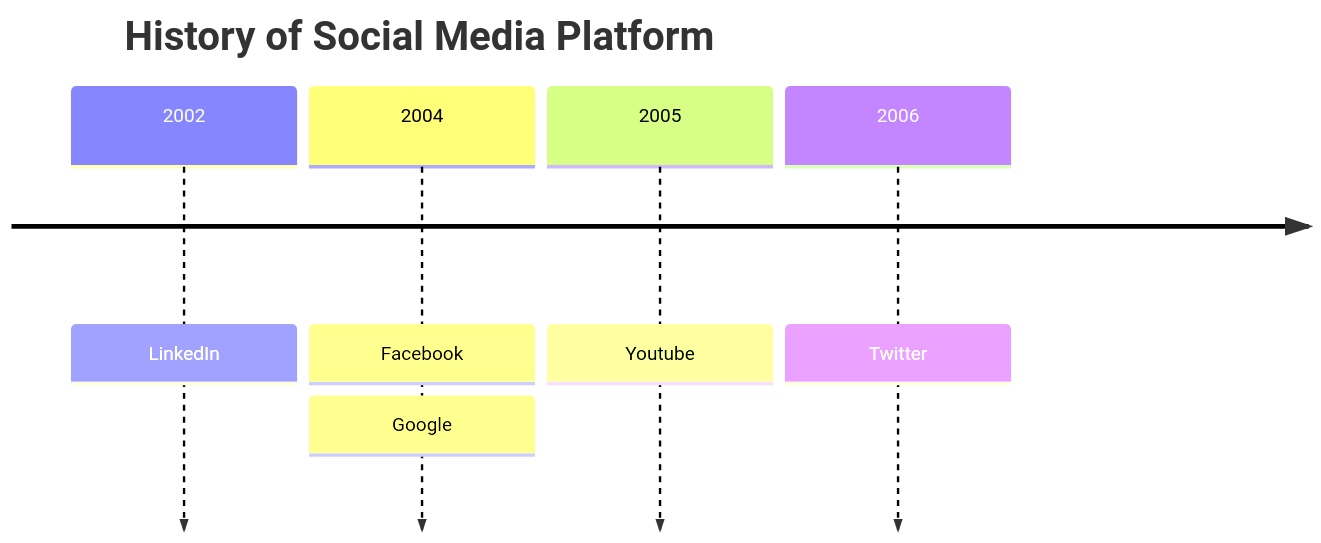
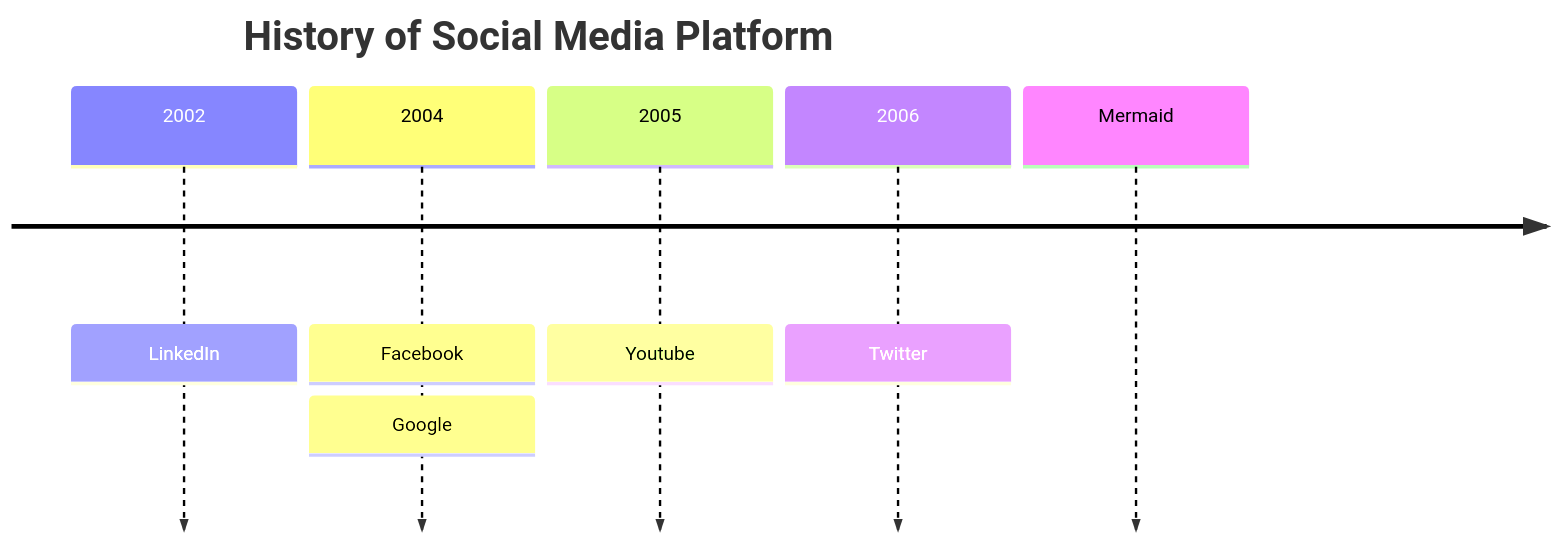
The fifth of 5 diagrams in exercise/mehran./Excercise 1.md (drshahizan/obsidian), drawn with Mermaid before and after one commit.

Commit message:
Update Excercise 1.md

````diff
--- a/exercise/mehran./Excercise 1.md
+++ b/exercise/mehran./Excercise 1.md
@@ -111,9 +111,10 @@
-``` Mermaid
+``` mermaid
 timeline
     title History of Social Media Platform
     2002 : LinkedIn
     2004 : Facebook
          : Google
     2005 : Youtube
     2006 : Twitter
+      Mermaid
 ```
````
